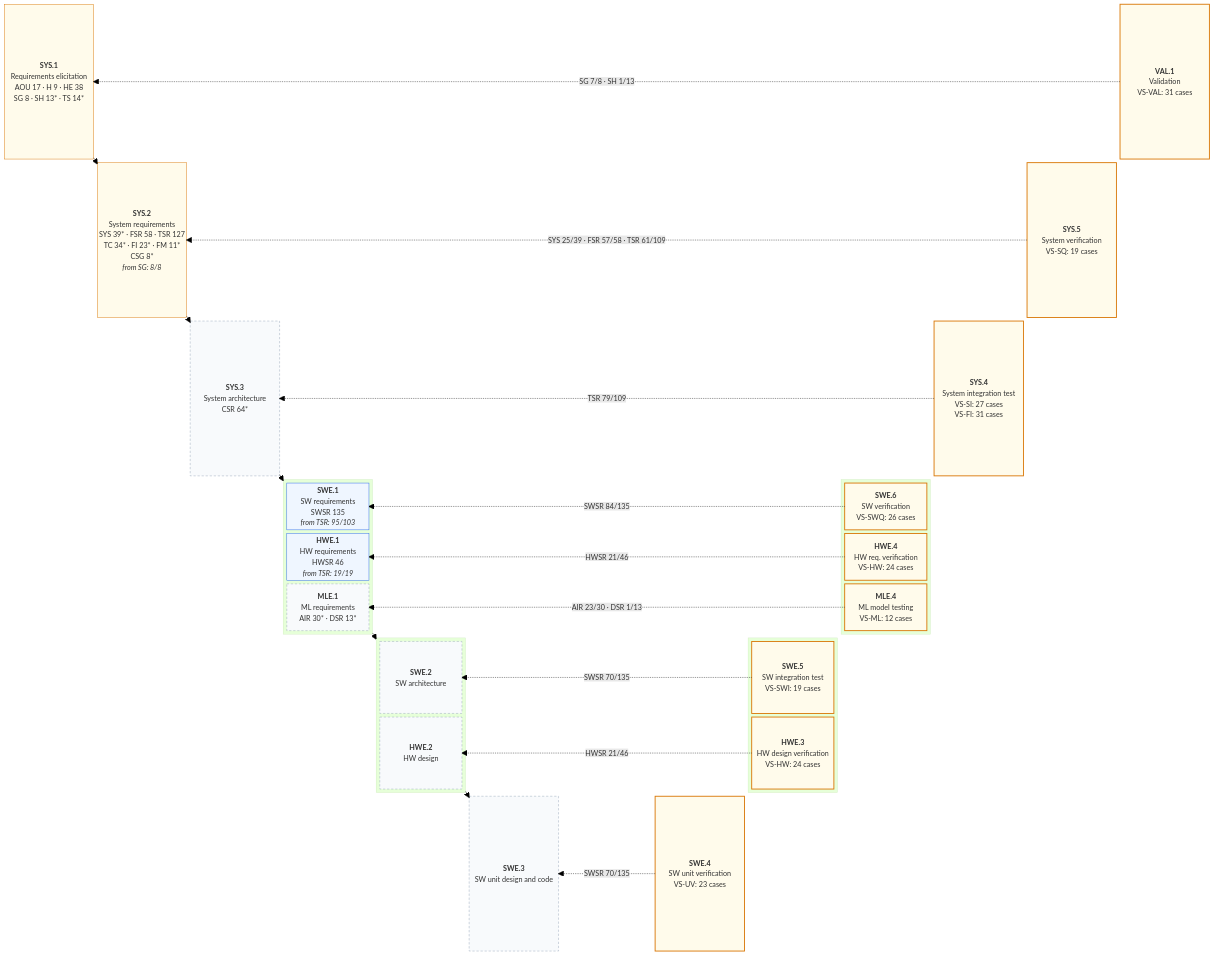
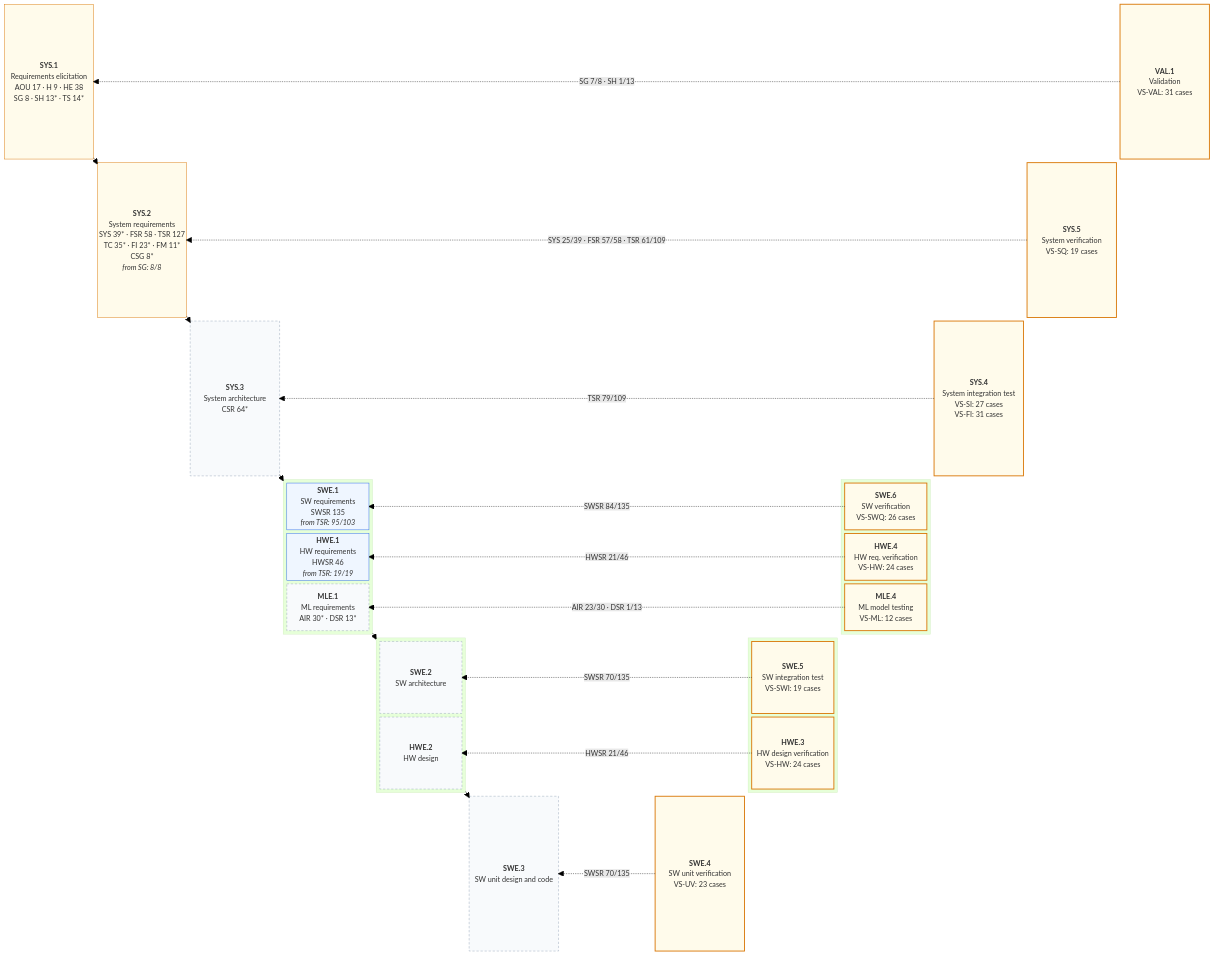
The first of 2 diagrams in assurance/trace/maps/aspice-trace-map.md (jherrodthomas/LionDriver), drawn with Mermaid (forest theme) before and after one commit. The commit also changed other lines of this file and 14 other files, not shown here.

```diff
--- a/assurance/trace/maps/aspice-trace-map.md
+++ b/assurance/trace/maps/aspice-trace-map.md
@@ -36,7 +36,7 @@
   space
   VAL1["<b>VAL.1</b><br/>Validation<br/>VS-VAL: 31 cases"]
   space
-  SYS2["<b>SYS.2</b><br/>System requirements<br/>SYS 39* · FSR 58 · TSR 127<br/>TC 34* · FI 23* · FM 11*<br/>CSG 8*<br/><i>from SG: 8/8</i>"]
+  SYS2["<b>SYS.2</b><br/>System requirements<br/>SYS 39* · FSR 58 · TSR 127<br/>TC 35* · FI 23* · FM 11*<br/>CSG 8*<br/><i>from SG: 8/8</i>"]
   space
   space
   space
```
